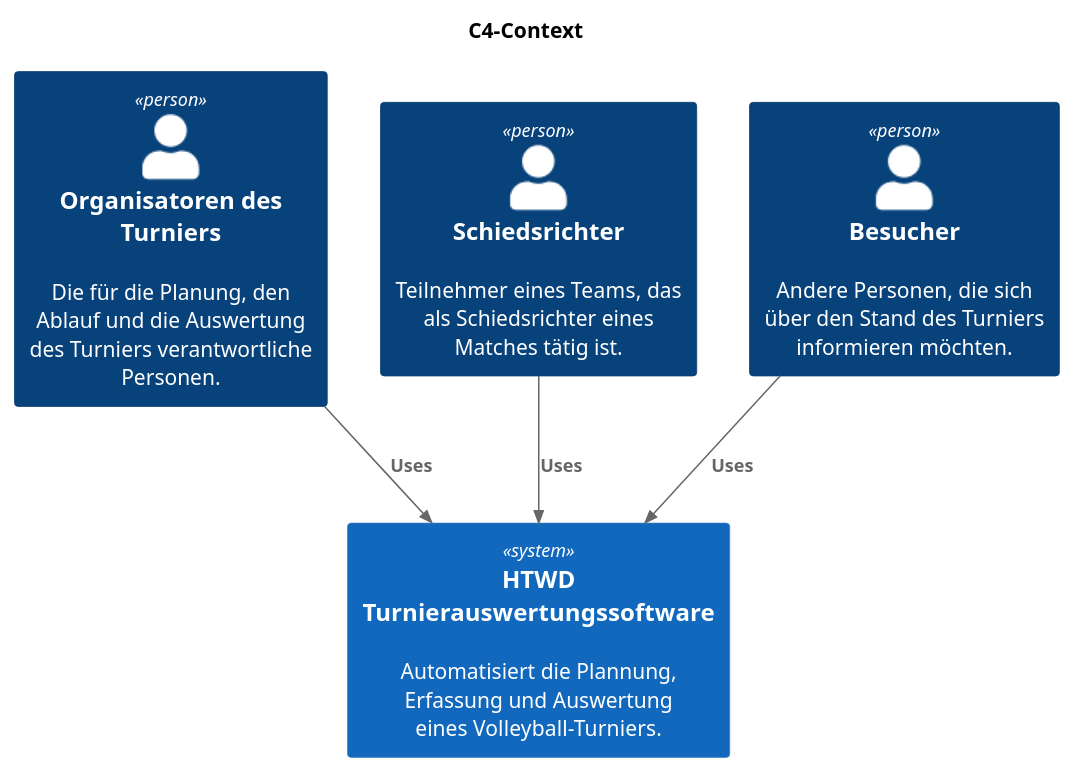
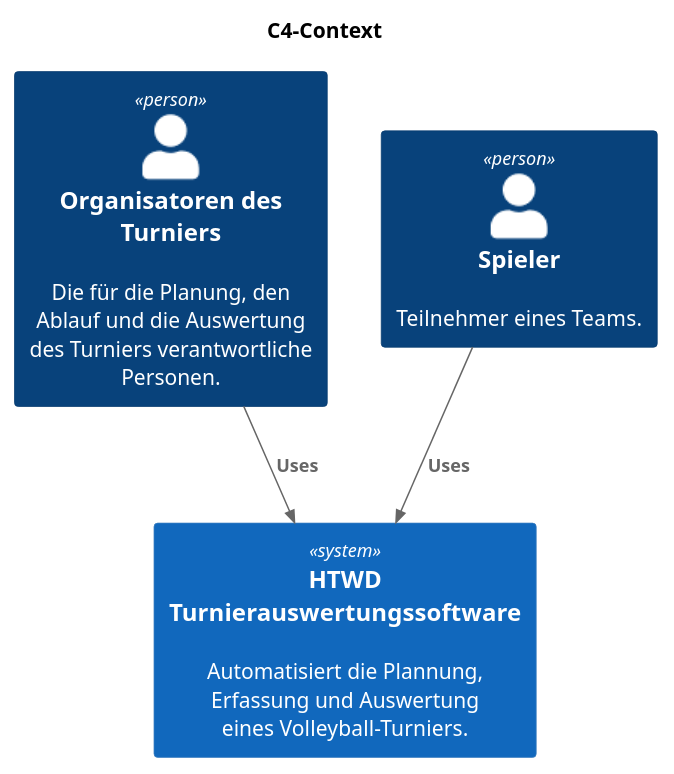
One commit to max-htw/htwd-turnierauswertungssoftware changed the diagram in docs/architecture/plantuml/an_c4_context.puml. Above: the diagram before and after it, drawn with PlantUML.

```diff
--- a/docs/architecture/plantuml/an_c4_context.puml
+++ b/docs/architecture/plantuml/an_c4_context.puml
@@ -1,16 +1,14 @@
 @startuml
 !include C4_Context.puml
 
 title C4-Context
 
 Person(organisator, "Organisatoren des Turniers", "Die für die Planung, den Ablauf und die Auswertung des Turniers verantwortliche Personen.")
-Person(shiri, "Schiedsrichter", "Teilnehmer eines Teams, das als Schiedsrichter eines Matches tätig ist.")
-Person(besucher, "Besucher", "Andere Personen, die sich über den Stand des Turniers informieren möchten.")
+Person(spieler, "Spieler", "Teilnehmer eines Teams.")
 
 System(turnierauswertungssoftware, "HTWD Turnierauswertungssoftware", "Automatisiert die Plannung, Erfassung und Auswertung eines Volleyball-Turniers.")
 
 Rel_D(organisator, turnierauswertungssoftware, "Uses")
-Rel_D(shiri, turnierauswertungssoftware, "Uses")
-Rel_D(besucher, turnierauswertungssoftware, "Uses")
+Rel_D(spieler, turnierauswertungssoftware, "Uses")
 
 @enduml
```
